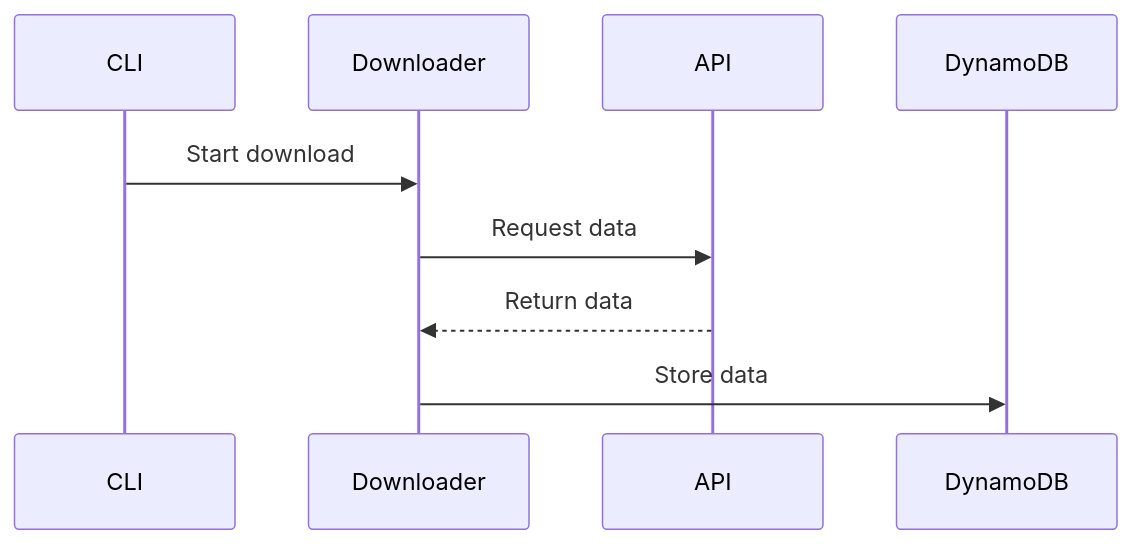
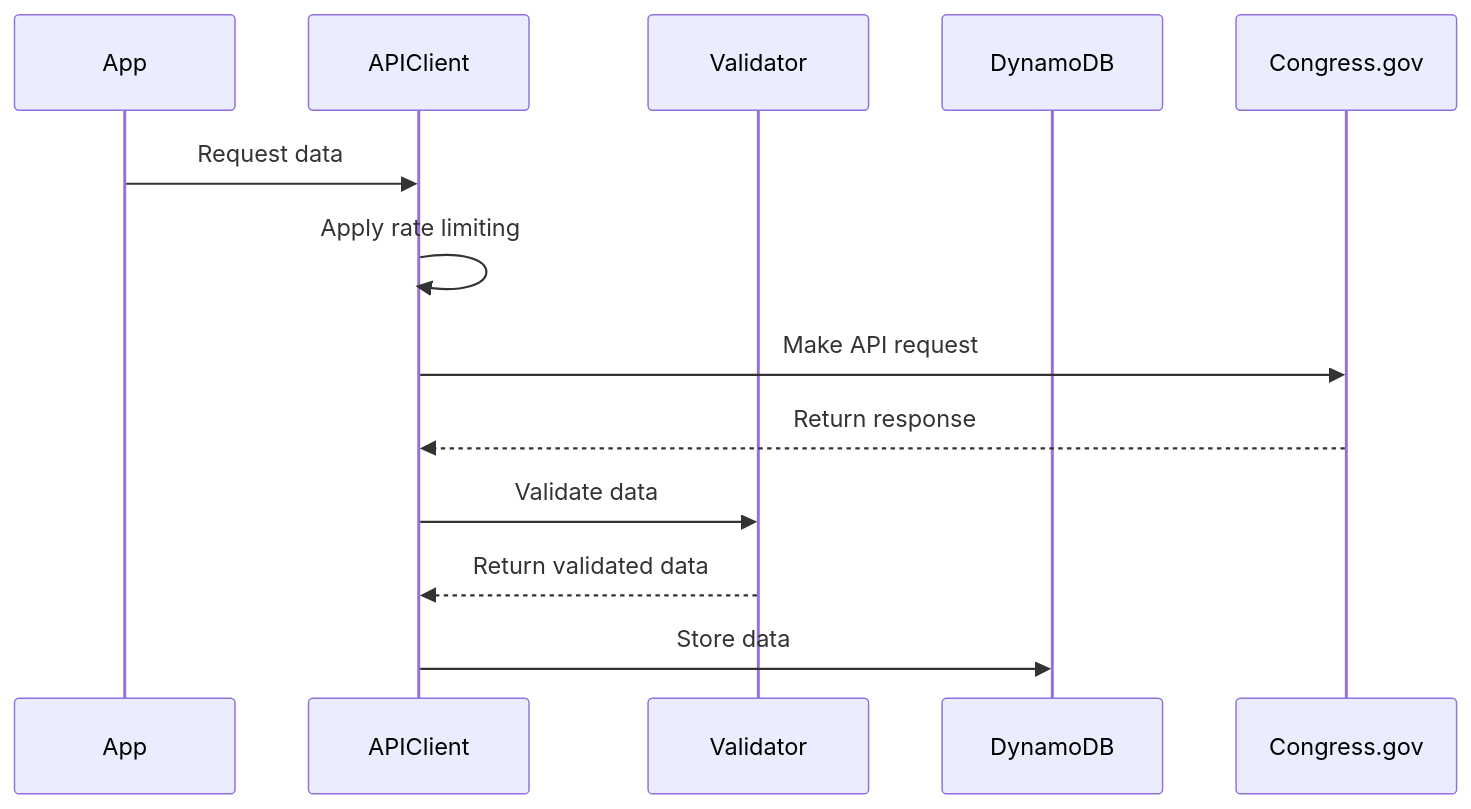
Before and after one commit to prameyallc/congress-data-harvester: the second of 3 diagrams in ARCHITECTURE.md, drawn with Mermaid. The commit also changed other lines of this file and 4 other files, not shown here.

````diff
--- a/ARCHITECTURE.md
+++ b/ARCHITECTURE.md
@@ -90,12 +112,15 @@
 ```mermaid
 sequenceDiagram
-    participant CLI
-    participant Downloader
-    participant API
+    participant App
+    participant APIClient
+    participant Validator
     participant DynamoDB
 
-    CLI->>Downloader: Start download
-    Downloader->>API: Request data
-    API-->>Downloader: Return data
-    Downloader->>DynamoDB: Store data
+    App->>APIClient: Request data
+    APIClient->>APIClient: Apply rate limiting
+    APIClient->>Congress.gov: Make API request
+    Congress.gov-->>APIClient: Return response
+    APIClient->>Validator: Validate data
+    Validator-->>APIClient: Return validated data
+    APIClient->>DynamoDB: Store data
 ```
````
